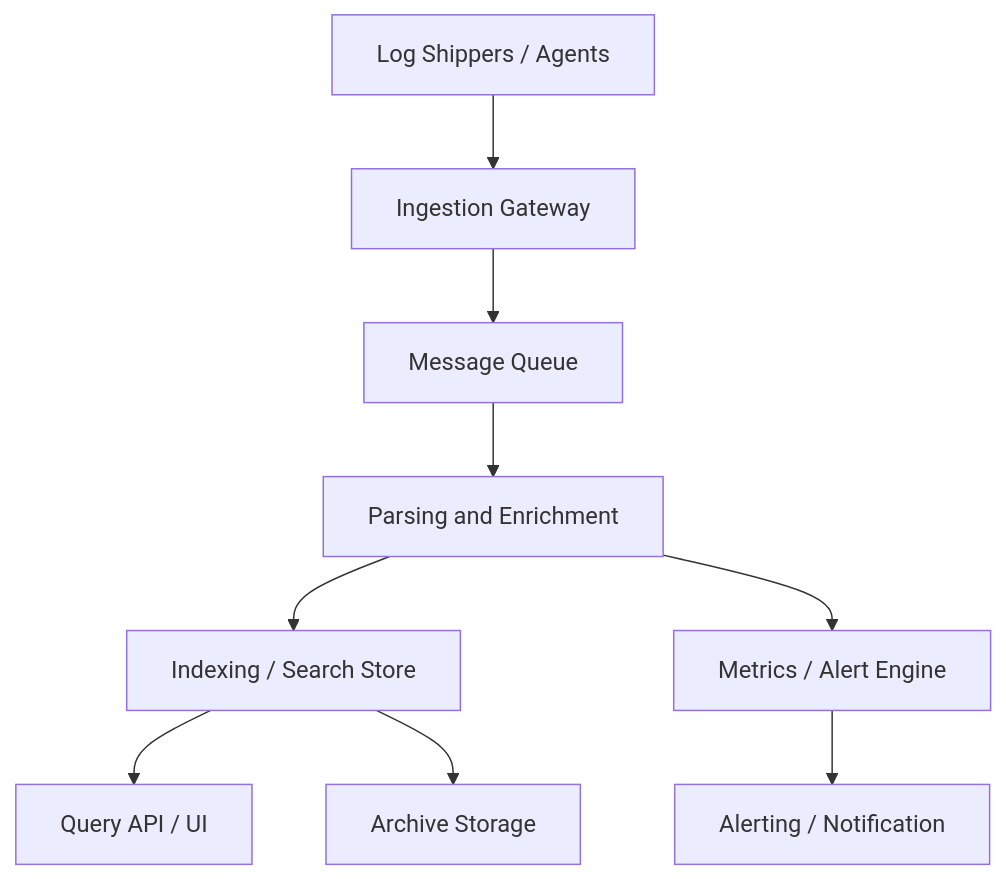
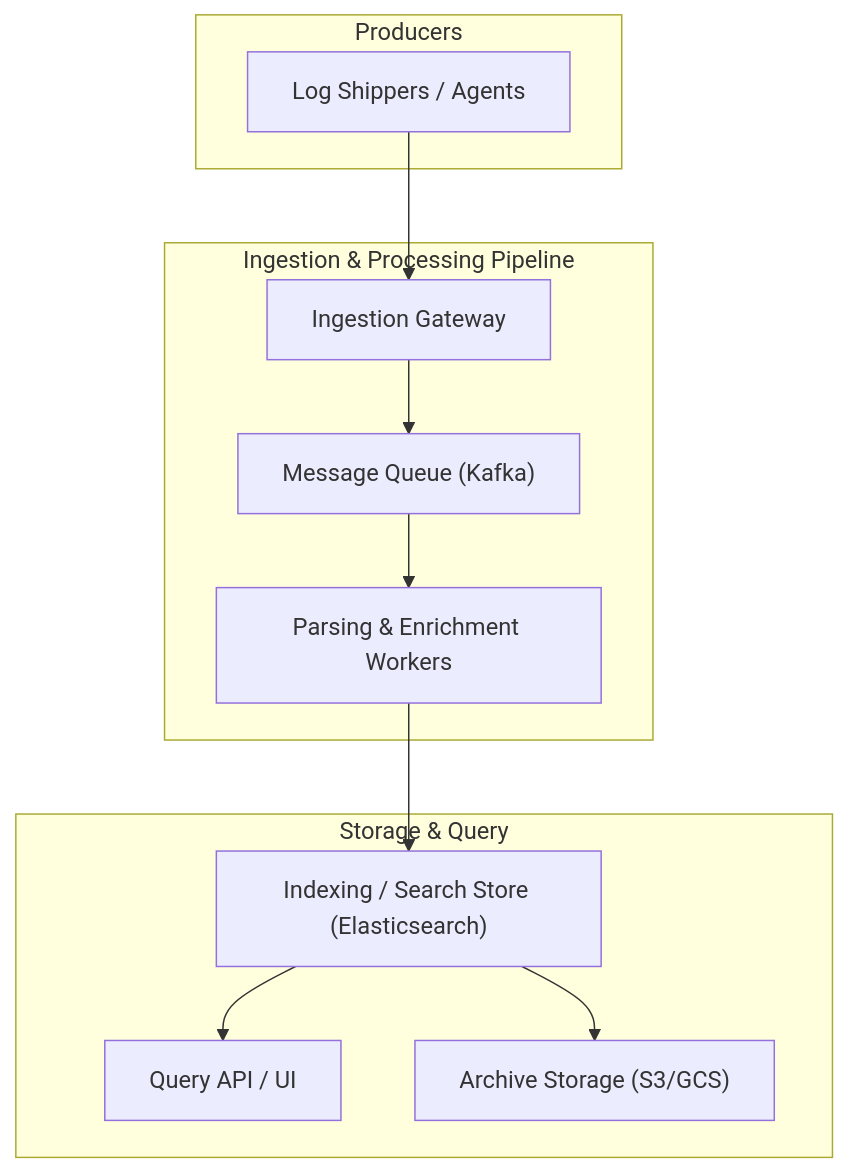
The diagram in docs/centralized-logging-system-design.md (SathishkumarAndavar/system-design), drawn with Mermaid before and after one commit. The commit also changed 4 other files, not shown here.

````diff
--- a/docs/centralized-logging-system-design.md
+++ b/docs/centralized-logging-system-design.md
@@ -64,11 +64,18 @@
 ```mermaid
-graph TD
-  A["Log Shippers / Agents"] --> B["Ingestion Gateway"]
-  B --> C["Message Queue"]
-  C --> D["Parsing and Enrichment"]
-  D --> E["Indexing / Search Store"]
-  D --> F["Metrics / Alert Engine"]
-  E --> G["Query API / UI"]
-  F --> H["Alerting / Notification"]
-  E --> I["Archive Storage"]
+graph TD;
+    subgraph "Producers"
+        LogShippers["Log Shippers / Agents"];
+    end
+    subgraph "Ingestion & Processing Pipeline"
+        IngestionGateway["Ingestion Gateway"];
+        MessageQueue["Message Queue (Kafka)"];
+        ProcessingWorkers["Parsing & Enrichment Workers"];
+    end
+    subgraph "Storage & Query"
+        SearchStore["Indexing / Search Store (Elasticsearch)"];
+        QueryAPI["Query API / UI"];
+        ArchiveStorage["Archive Storage (S3/GCS)"];
+    end
+    LogShippers --> IngestionGateway --> MessageQueue --> ProcessingWorkers --> SearchStore --> QueryAPI;
+    SearchStore --> ArchiveStorage;
 ```
````
